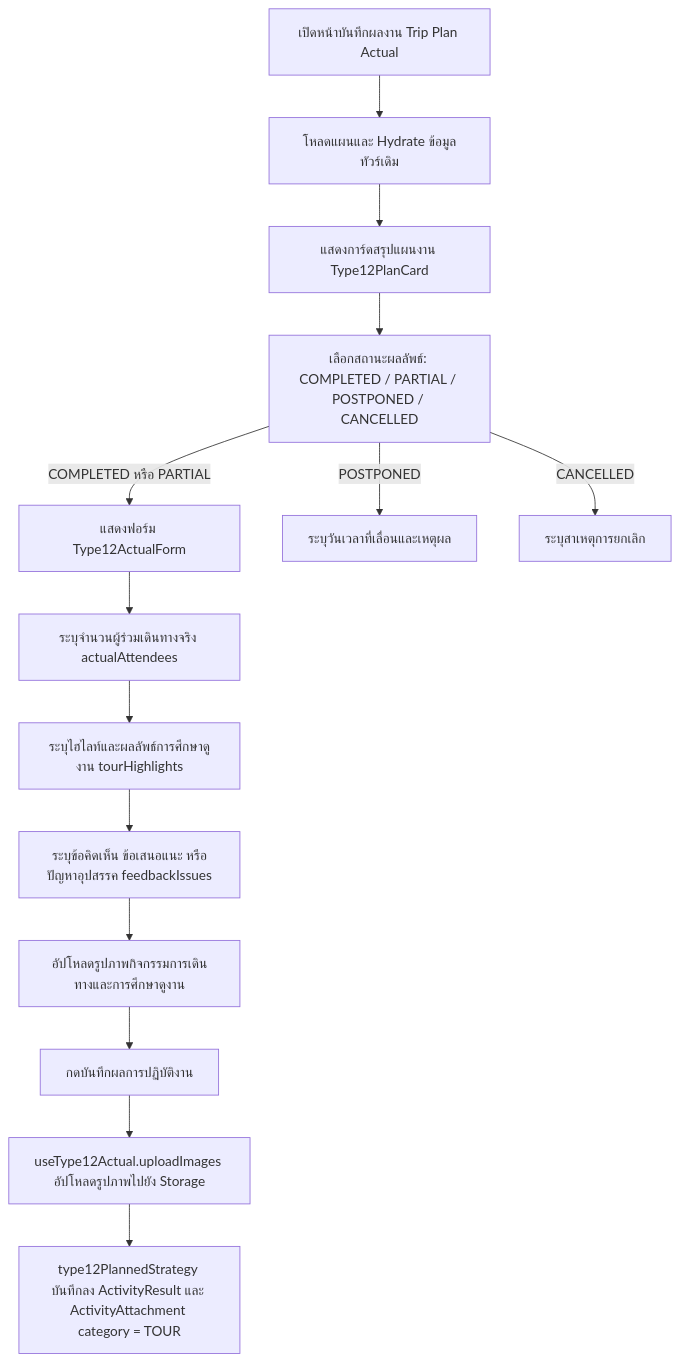
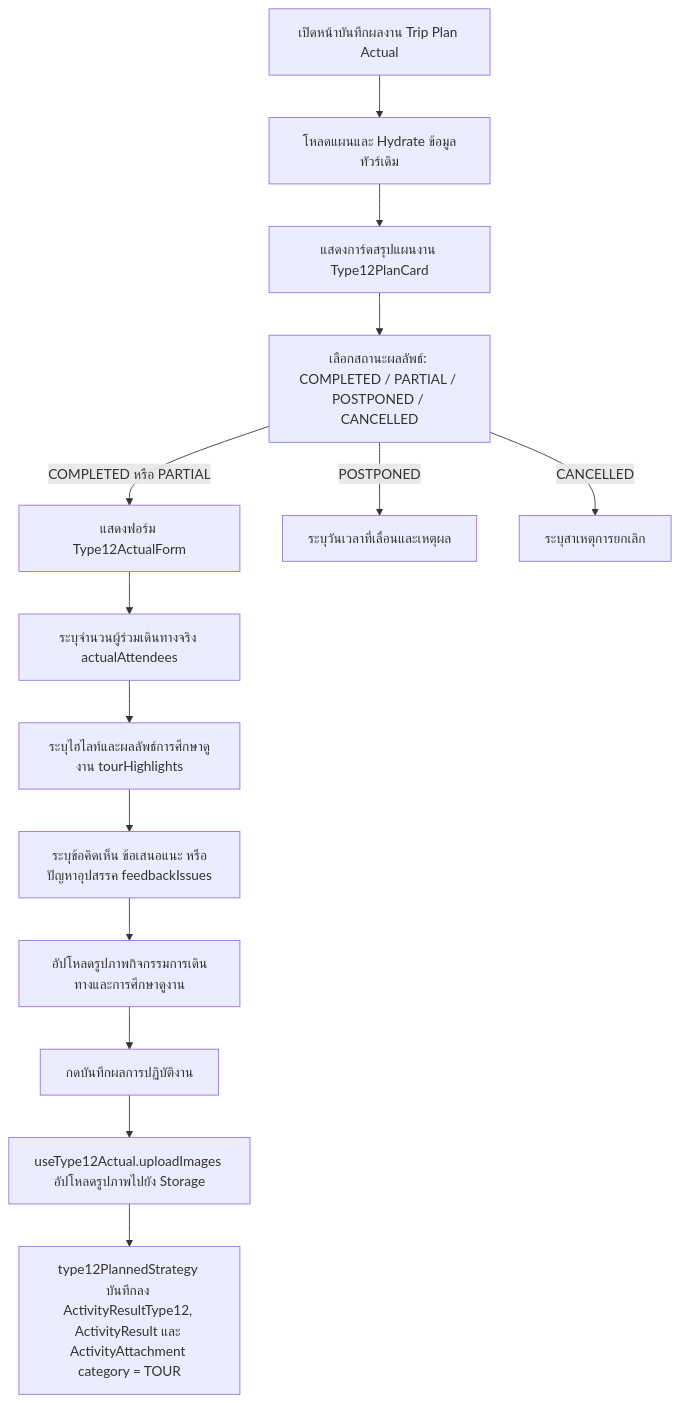
Before and after one commit to bankhk10/crm-bank: the second of 3 diagrams in modules/activity/features/type-12/README.md, drawn with Mermaid. The commit also changed other lines of this file and 28 other files, not shown here.

````diff
--- a/modules/activity/features/type-12/README.md
+++ b/modules/activity/features/type-12/README.md
@@ -64,16 +64,16 @@
 ```mermaid
 graph TD
     A[เปิดหน้าบันทึกผลงาน Trip Plan Actual] --> B[โหลดแผนและ Hydrate ข้อมูลทัวร์เดิม]
     B --> C[แสดงการ์ดสรุปแผนงาน Type12PlanCard]
     C --> D[เลือกสถานะผลลัพธ์: COMPLETED / PARTIAL / POSTPONED / CANCELLED]
     D -->|COMPLETED หรือ PARTIAL| E[แสดงฟอร์ม Type12ActualForm]
     E --> F[ระบุจำนวนผู้ร่วมเดินทางจริง actualAttendees]
     F --> G[ระบุไฮไลท์และผลลัพธ์การศึกษาดูงาน tourHighlights]
     G --> H[ระบุข้อคิดเห็น ข้อเสนอแนะ หรือปัญหาอุปสรรค feedbackIssues]
     H --> I[อัปโหลดรูปภาพกิจกรรมการเดินทางและการศึกษาดูงาน]
     I --> J[กดบันทึกผลการปฏิบัติงาน]
     J --> K[useType12Actual.uploadImages อัปโหลดรูปภาพไปยัง Storage]
-    K --> L[type12PlannedStrategy บันทึกลง ActivityResult และ ActivityAttachment category = TOUR]
+    K --> L[type12PlannedStrategy บันทึกลง ActivityResultType12, ActivityResult และ ActivityAttachment category = TOUR]
     D -->|POSTPONED| M[ระบุวันเวลาที่เลื่อนและเหตุผล]
     D -->|CANCELLED| N[ระบุสาเหตุการยกเลิก]
 ```
````
